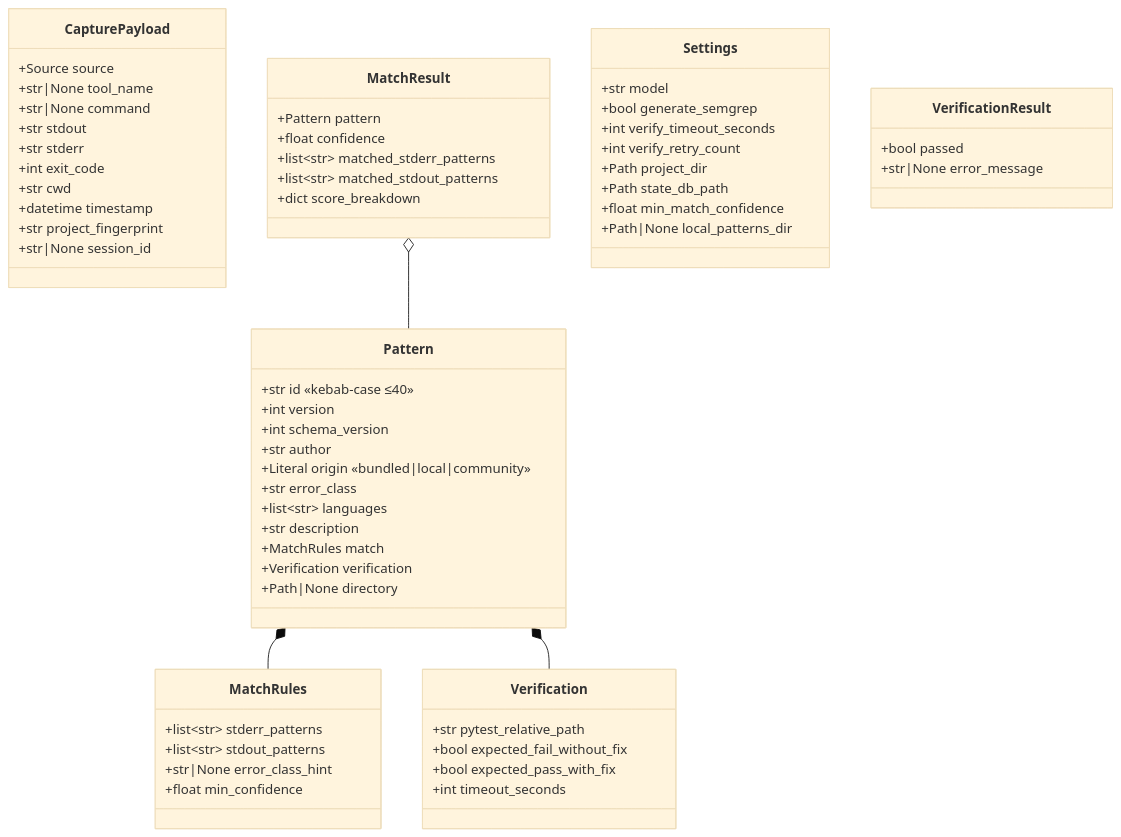
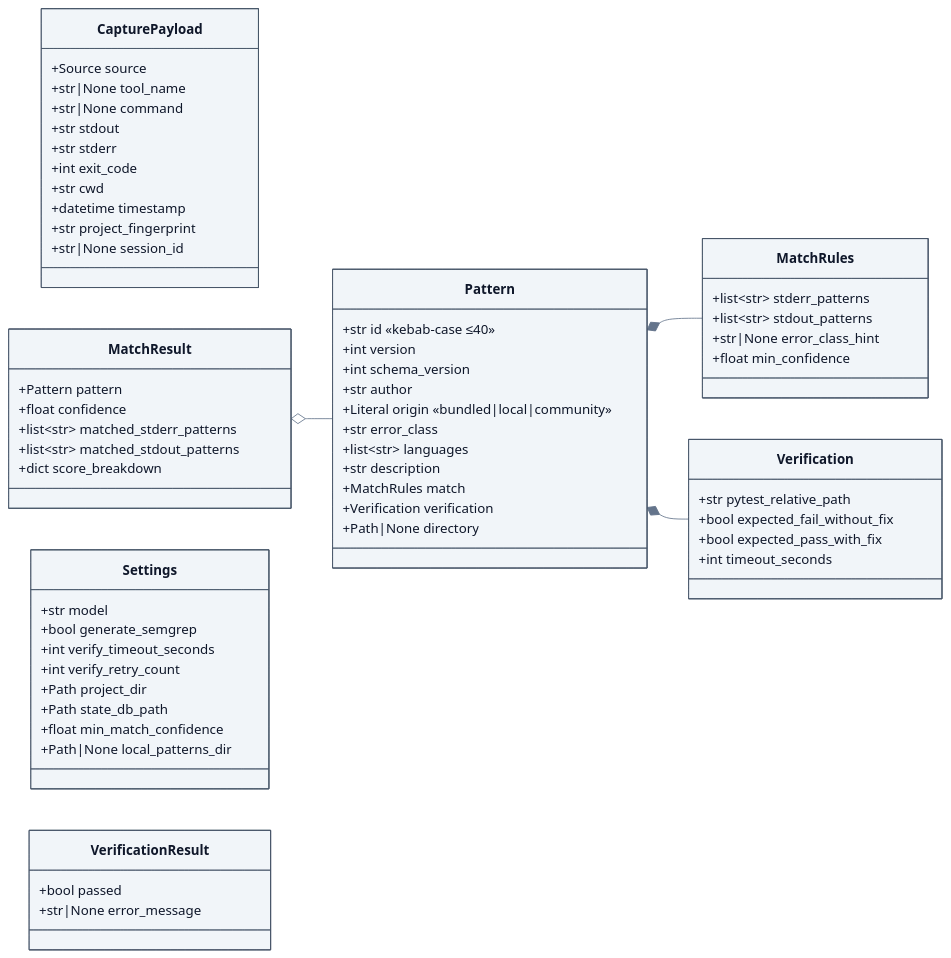
One commit to viditkbhatnagar/immunize changed diagram 11 of 14 in README.md. Above: the diagram before and after it, drawn with Mermaid. The commit also changed other lines of this file, not shown here.

First line of the commit message:
Redesign README mermaid diagrams with corporate styling

````diff
--- a/README.md
+++ b/README.md
@@ -552,72 +620,73 @@
 ```mermaid
-%%{init: {'theme':'base'}}%%
+%%{init: {'theme':'base', 'themeVariables': {'fontFamily':'Inter, system-ui, -apple-system, sans-serif', 'primaryColor':'#f1f5f9', 'primaryBorderColor':'#475569', 'primaryTextColor':'#0f172a', 'lineColor':'#64748b'}}}%%
 classDiagram
+    direction LR
     class CapturePayload {
         +Source source
         +str|None tool_name
         +str|None command
         +str stdout
         +str stderr
         +int exit_code
         +str cwd
         +datetime timestamp
         +str project_fingerprint
         +str|None session_id
     }
 
     class Pattern {
         +str id «kebab-case ≤40»
         +int version
         +int schema_version
         +str author
         +Literal origin «bundled|local|community»
         +str error_class
         +list~str~ languages
         +str description
         +MatchRules match
         +Verification verification
         +Path|None directory
     }
 
     class MatchRules {
         +list~str~ stderr_patterns
         +list~str~ stdout_patterns
         +str|None error_class_hint
         +float min_confidence
     }
 
     class Verification {
         +str pytest_relative_path
         +bool expected_fail_without_fix
         +bool expected_pass_with_fix
         +int timeout_seconds
     }
 
     class MatchResult {
         +Pattern pattern
         +float confidence
         +list~str~ matched_stderr_patterns
         +list~str~ matched_stdout_patterns
         +dict score_breakdown
     }
 
     class Settings {
         +str model
         +bool generate_semgrep
         +int verify_timeout_seconds
         +int verify_retry_count
         +Path project_dir
         +Path state_db_path
         +float min_match_confidence
         +Path|None local_patterns_dir
     }
 
     class VerificationResult {
         +bool passed
         +str|None error_message
     }
 
     Pattern *-- MatchRules
     Pattern *-- Verification
     MatchResult o-- Pattern
 ```
````
